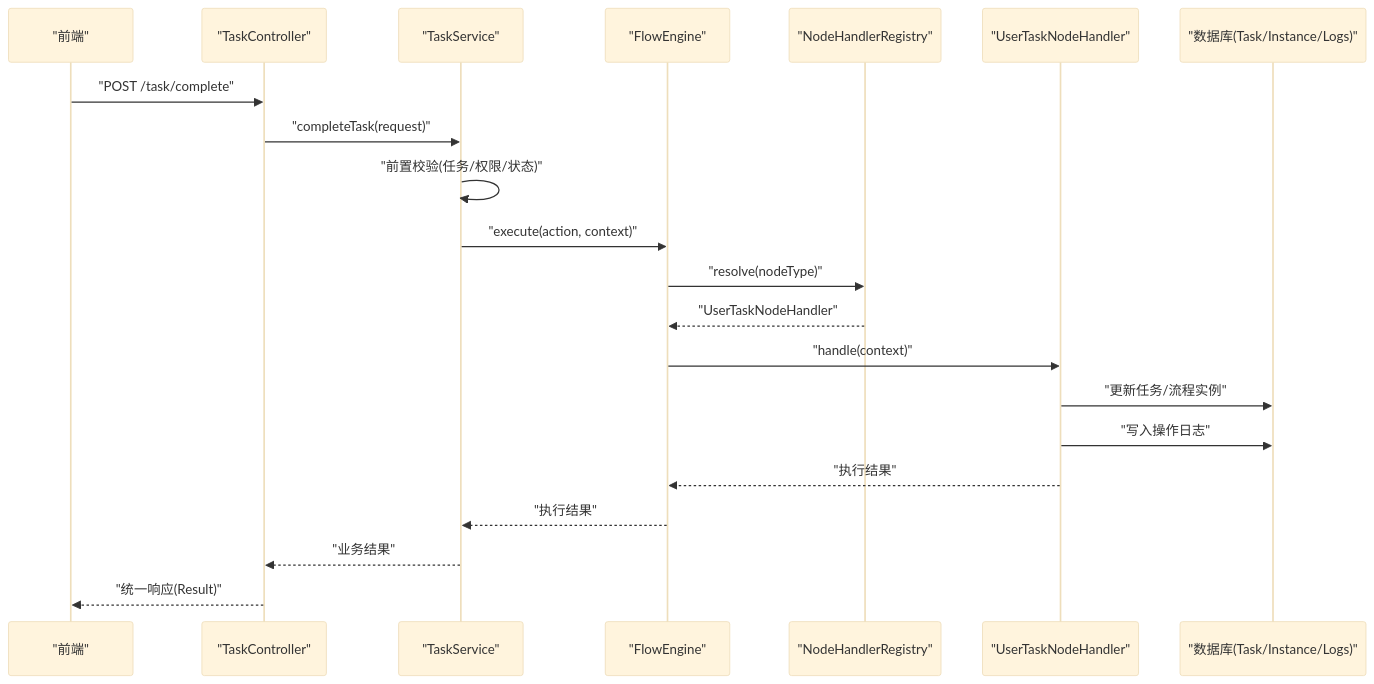
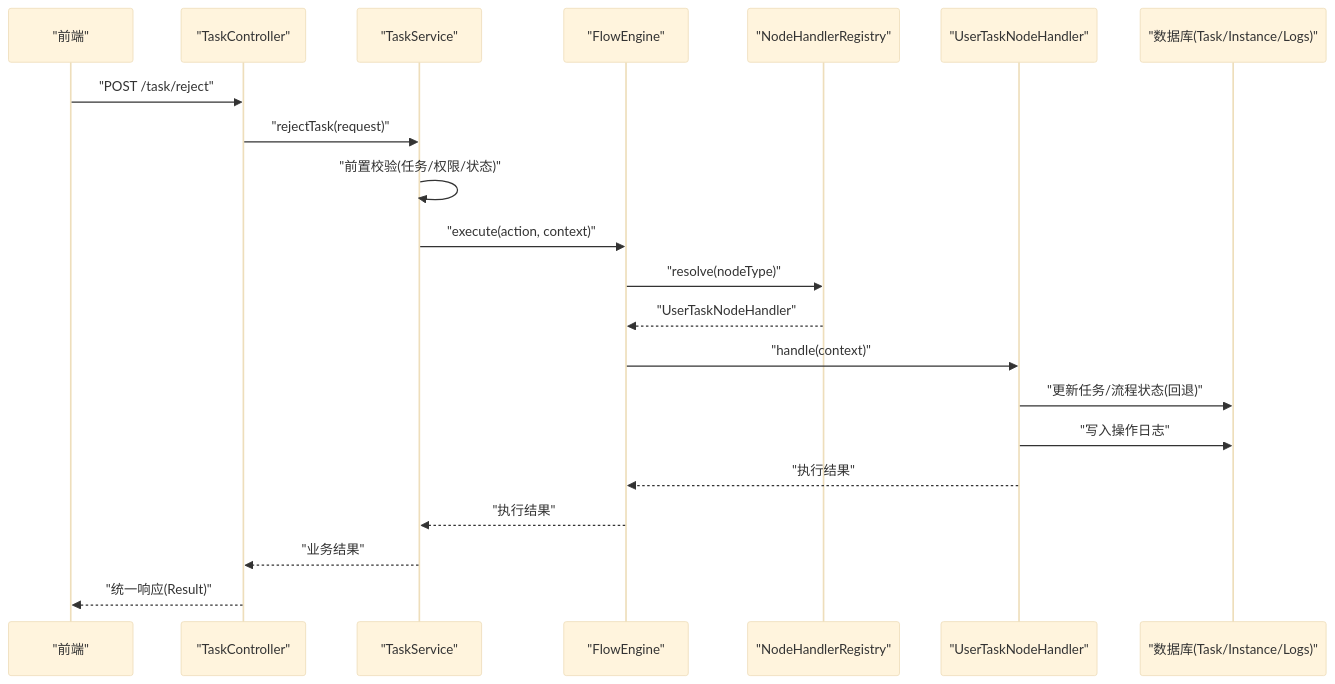
Before and after one commit to liming-lihaini/workflow: the second of 9 diagrams in .qoder/repowiki/zh/content/任务管理/任务操作处理/任务操作处理.md, drawn with Mermaid (base theme). The commit also changed other lines of this file and 57 other files, not shown here.

````diff
--- a/.qoder/repowiki/zh/content/任务管理/任务操作处理/任务操作处理.md
+++ b/.qoder/repowiki/zh/content/任务管理/任务操作处理/任务操作处理.md
@@ -160,23 +174,23 @@
 ```mermaid
 sequenceDiagram
 participant FE as "前端"
 participant Ctrl as "TaskController"
 participant Svc as "TaskService"
 participant Eng as "FlowEngine"
 participant Reg as "NodeHandlerRegistry"
 participant Handler as "UserTaskNodeHandler"
 participant DB as "数据库(Task/Instance/Logs)"
-FE->>Ctrl : "POST /task/complete"
-Ctrl->>Svc : "completeTask(request)"
+FE->>Ctrl : "POST /task/reject"
+Ctrl->>Svc : "rejectTask(request)"
 Svc->>Svc : "前置校验(任务/权限/状态)"
 Svc->>Eng : "execute(action, context)"
 Eng->>Reg : "resolve(nodeType)"
 Reg-->>Eng : "UserTaskNodeHandler"
 Eng->>Handler : "handle(context)"
-Handler->>DB : "更新任务/流程实例"
+Handler->>DB : "更新任务/流程状态(回退)"
 Handler->>DB : "写入操作日志"
 Handler-->>Eng : "执行结果"
 Eng-->>Svc : "执行结果"
 Svc-->>Ctrl : "业务结果"
 Ctrl-->>FE : "统一响应(Result)"
 ```
````
